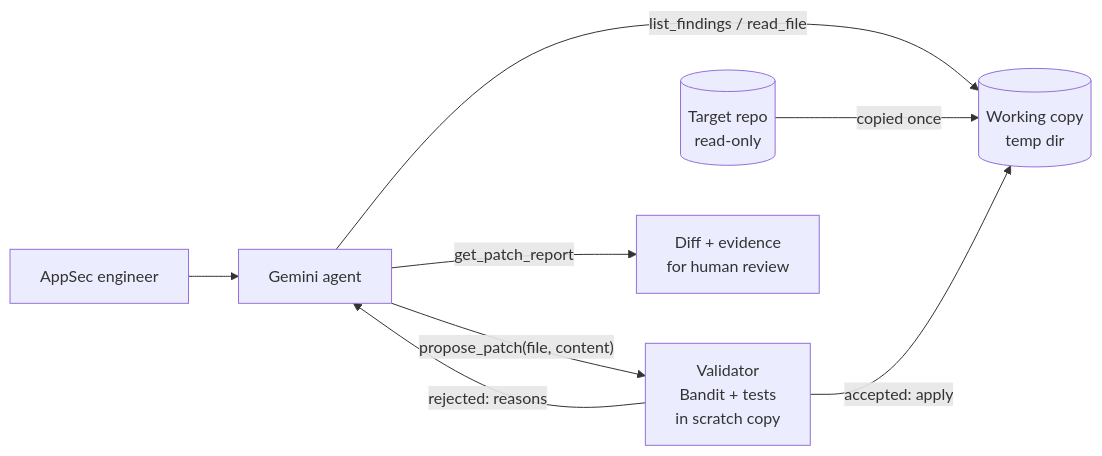
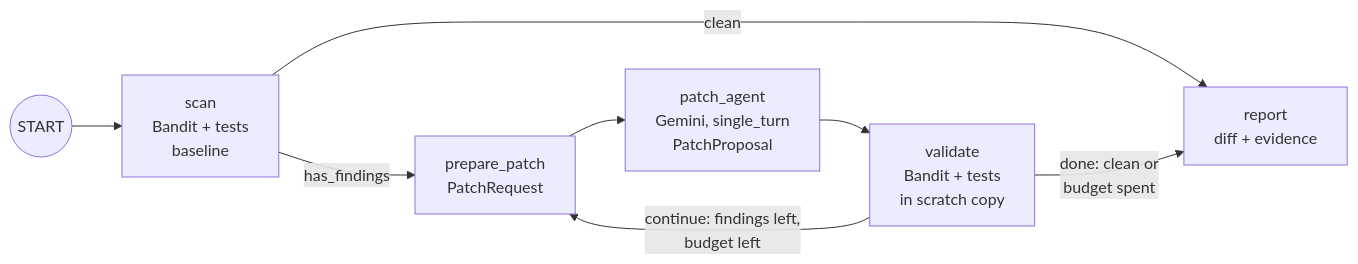
Before and after one commit to google/adk-samples: the diagram in contrib/python/codemender-security-fixer/README.md, drawn with Mermaid. The commit also changed other lines of this file and 9 other files, not shown here.

First line of the commit message:
Rebuild codemender-security-fixer as an ADK 2.0 graph workflow

````diff
--- a/contrib/python/codemender-security-fixer/README.md
+++ b/contrib/python/codemender-security-fixer/README.md
@@ -34,10 +41,10 @@
 ```mermaid
 flowchart LR
-    U[AppSec engineer] --> A[Gemini agent]
-    A -- list_findings / read_file --> W[(Working copy<br/>temp dir)]
-    A -- propose_patch(file, content) --> V[Validator<br/>Bandit + tests<br/>in scratch copy]
-    T[(Target repo<br/>read-only)] -- copied once --> W
-    V -- accepted: apply --> W
-    V -- rejected: reasons --> A
-    A -- get_patch_report --> R[Diff + evidence<br/>for human review]
+    S((START)) --> scan[scan<br/>Bandit + tests<br/>baseline]
+    scan -- has_findings --> prep[prepare_patch<br/>PatchRequest]
+    scan -- clean --> report[report<br/>diff + evidence]
+    prep --> agent[patch_agent<br/>Gemini, single_turn<br/>PatchProposal]
+    agent --> val[validate<br/>Bandit + tests<br/>in scratch copy]
+    val -- "continue: findings left,<br/>budget left" --> prep
+    val -- "done: clean or<br/>budget spent" --> report
 ```
````
